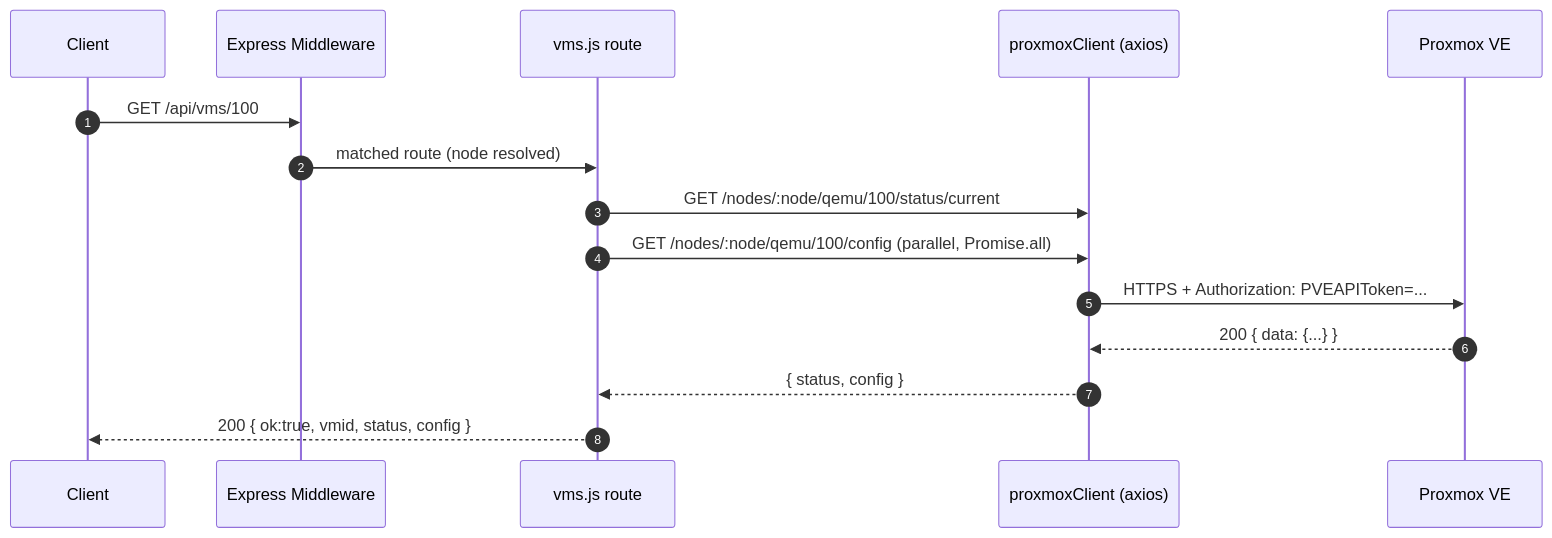
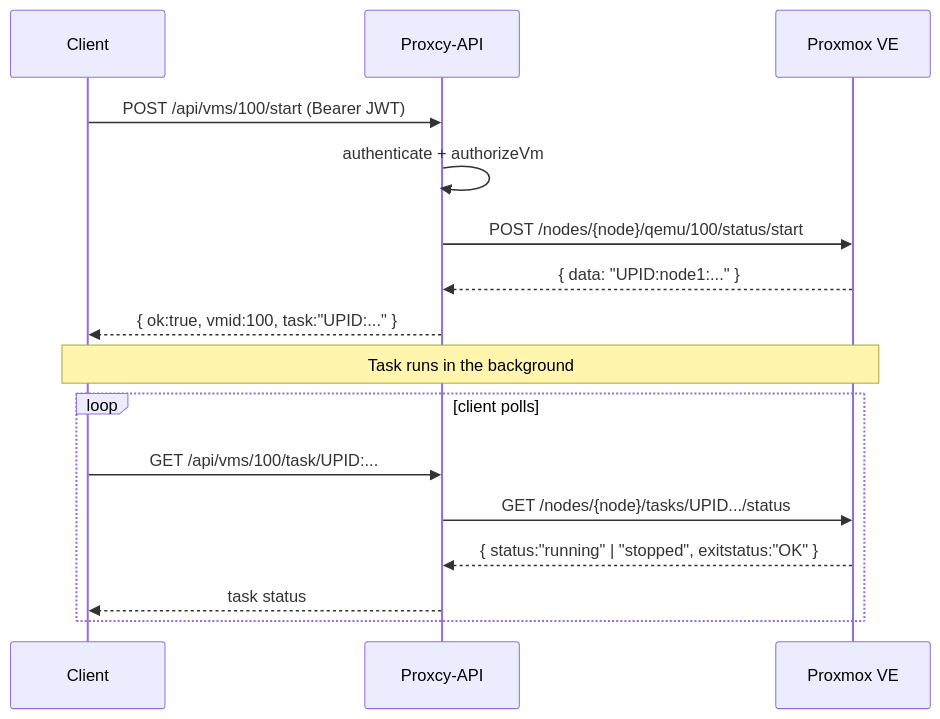
One commit to 1cng-dev/proxmox-proxy changed the fifth of 7 diagrams in Proxcy-API ↔ Proxmox VE — Architecture & Request Flow.md. Above: the diagram before and after it, drawn with Mermaid. The commit also changed other lines of this file and 17 other files, not shown here.

````diff
--- a/Proxcy-API ↔ Proxmox VE — Architecture & Request Flow.md
+++ b/Proxcy-API ↔ Proxmox VE — Architecture & Request Flow.md
@@ -122,18 +174,19 @@
 ```mermaid
 sequenceDiagram
-    autonumber
-    participant UI as Client
-    participant EX as Express Middleware
-    participant RT as vms.js route
-    participant AX as proxmoxClient (axios)
+    participant C as Client
+    participant PA as Proxcy-API
     participant PVE as Proxmox VE
 
-    UI->>EX: GET /api/vms/100
-    EX->>RT: matched route (node resolved)
-    RT->>AX: GET /nodes/:node/qemu/100/status/current
-    RT->>AX: GET /nodes/:node/qemu/100/config  (parallel, Promise.all)
-    AX->>PVE: HTTPS + Authorization: PVEAPIToken=...
-    PVE-->>AX: 200 { data: {...} }
-    AX-->>RT: { status, config }
-    RT-->>UI: 200 { ok:true, vmid, status, config }
+    C->>PA: POST /api/vms/100/start (Bearer JWT)
+    PA->>PA: authenticate + authorizeVm
+    PA->>PVE: POST /nodes/{node}/qemu/100/status/start
+    PVE-->>PA: { data: "UPID:node1:..." }
+    PA-->>C: { ok:true, vmid:100, task:"UPID:..." }
+    Note over C,PVE: Task runs in the background
+    loop client polls
+        C->>PA: GET /api/vms/100/task/UPID:...
+        PA->>PVE: GET /nodes/{node}/tasks/UPID.../status
+        PVE-->>PA: { status:"running" | "stopped", exitstatus:"OK" }
+        PA-->>C: task status
+    end
 ```
````
